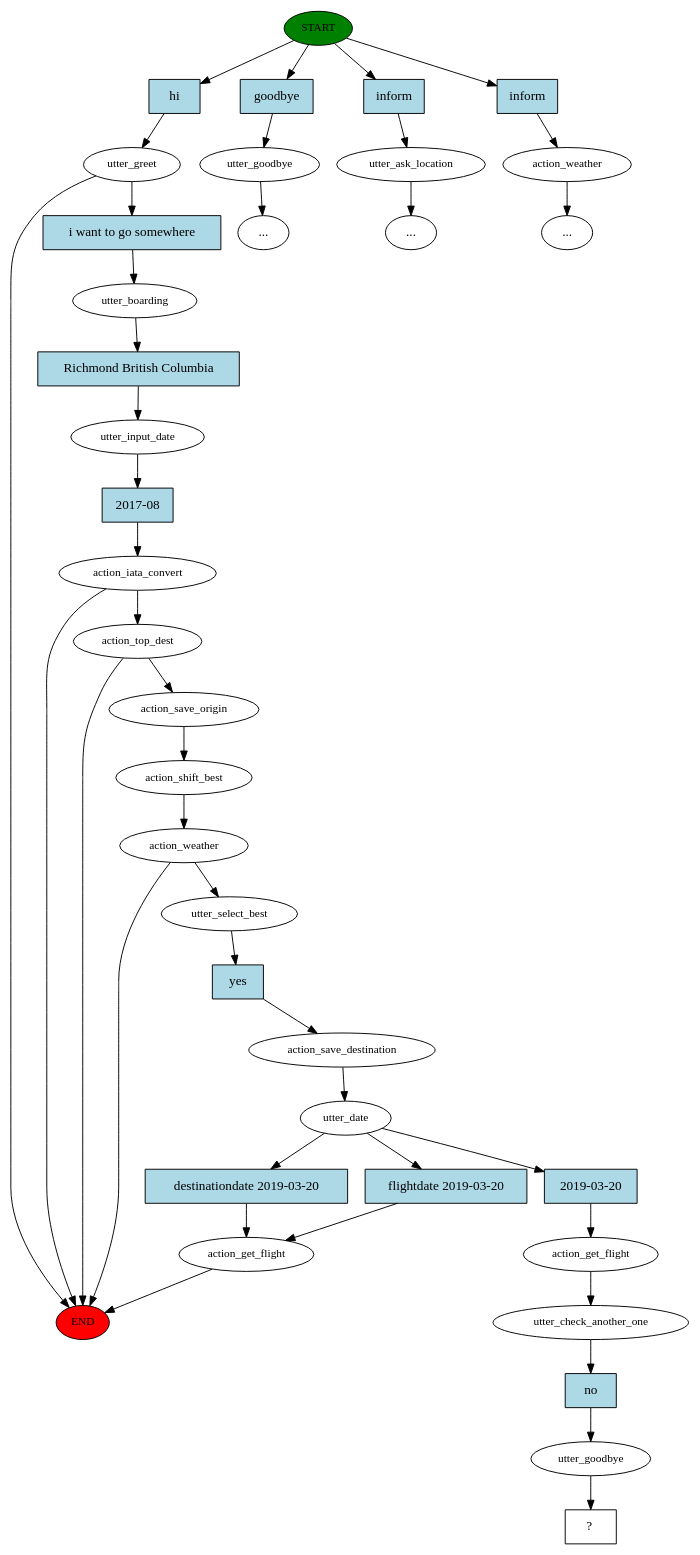
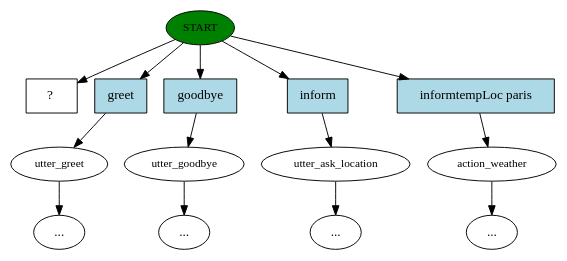
Before and after one commit to ajtang/Weather-Misc: the diagram in story_graph.dot, drawn with Graphviz. The commit also changed 28 other files, not shown here.

```diff
--- a/story_graph.dot
+++ b/story_graph.dot
@@ -1,78 +1,29 @@
 digraph  {
 0 [class="start active", fillcolor=green, fontsize=12, label=START, style=filled];
-"-1" [class=end, fillcolor=red, fontsize=12, label=END, style=filled];
-1 [class=active, fontsize=12, label=utter_greet];
+1 [class="", fontsize=12, label=utter_greet];
 2 [class="", fontsize=12, label=utter_goodbye];
-"-3" [class=ellipsis, label="..."];
+"-4" [class=ellipsis, label="..."];
 3 [class="", fontsize=12, label=utter_ask_location];
-"-4" [class=ellipsis, label="..."];
+"-5" [class=ellipsis, label="..."];
 4 [class="", fontsize=12, label=action_weather];
-"-5" [class=ellipsis, label="..."];
-6 [class=active, fontsize=12, label=utter_boarding];
-7 [class=active, fontsize=12, label=utter_input_date];
-8 [class=active, fontsize=12, label=action_iata_convert];
-13 [class=active, fontsize=12, label=action_top_dest];
-19 [class=active, fontsize=12, label=action_save_origin];
-20 [class=active, fontsize=12, label=action_shift_best];
-21 [class=active, fontsize=12, label=action_weather];
-30 [class=active, fontsize=12, label=utter_select_best];
-31 [class=active, fontsize=12, label=action_save_destination];
-32 [class=active, fontsize=12, label=utter_date];
-33 [class="", fontsize=12, label=action_get_flight];
-57 [class=active, fontsize=12, label=action_get_flight];
-58 [class=active, fontsize=12, label=utter_check_another_one];
-59 [class=active, fontsize=12, label=utter_goodbye];
-60 [class="intent dashed active", label="  ?  ", shape=rect];
-61 [class="intent active", fillcolor=lightblue, label=hi, shape=rect, style=filled];
-62 [class=intent, fillcolor=lightblue, label=goodbye, shape=rect, style=filled];
-63 [class=intent, fillcolor=lightblue, label=inform, shape=rect, style=filled];
-64 [class=intent, fillcolor=lightblue, label=inform, shape=rect, style=filled];
-65 [class="intent active", fillcolor=lightblue, label="i want to go somewhere", shape=rect, style=filled];
-66 [class="intent active", fillcolor=lightblue, label="Richmond British Columbia", shape=rect, style=filled];
-67 [class="intent active", fillcolor=lightblue, label="2017-08", shape=rect, style=filled];
-68 [class="intent active", fillcolor=lightblue, label=yes, shape=rect, style=filled];
-69 [class=intent, fillcolor=lightblue, label="destinationdate 2019-03-20", shape=rect, style=filled];
-70 [class=intent, fillcolor=lightblue, label="flightdate 2019-03-20", shape=rect, style=filled];
-71 [class="intent active", fillcolor=lightblue, label="2019-03-20", shape=rect, style=filled];
-72 [class="intent active", fillcolor=lightblue, label=no, shape=rect, style=filled];
-0 -> 61  [class=active, key=0];
-0 -> 62  [class="", key=0];
-0 -> 63  [class="", key=0];
-0 -> 64  [class="", key=0];
-1 -> "-1"  [class="", key=NONE, label=""];
-1 -> 65  [class=active, key=0];
-2 -> "-3"  [class="", key=NONE, label=""];
-3 -> "-4"  [class="", key=NONE, label=""];
-4 -> "-5"  [class="", key=NONE, label=""];
-6 -> 66  [class=active, key=0];
-7 -> 67  [class=active, key=0];
-8 -> "-1"  [class="", key=NONE, label=""];
-8 -> 13  [class=active, key=NONE, label=""];
-13 -> "-1"  [class="", key=NONE, label=""];
-13 -> 19  [class=active, key=NONE, label=""];
-19 -> 20  [class=active, key=NONE, label=""];
-20 -> 21  [class=active, key=NONE, label=""];
-21 -> "-1"  [class="", key=NONE, label=""];
-21 -> 30  [class=active, key=NONE, label=""];
-30 -> 68  [class=active, key=0];
-31 -> 32  [class=active, key=NONE, label=""];
-32 -> 69  [class="", key=0];
-32 -> 70  [class="", key=0];
-32 -> 71  [class=active, key=0];
-33 -> "-1"  [class="", key=NONE, label=""];
-57 -> 58  [class=active, key=NONE, label=""];
-58 -> 72  [class=active, key=0];
-59 -> 60  [class=active, key=NONE, label=""];
-61 -> 1  [class=active, key=0];
-62 -> 2  [class="", key=0];
-63 -> 3  [class="", key=0];
-64 -> 4  [class="", key=0];
-65 -> 6  [class=active, key=0];
-66 -> 7  [class=active, key=0];
-67 -> 8  [class=active, key=0];
-68 -> 31  [class=active, key=0];
-69 -> 33  [class="", key=0];
-70 -> 33  [class="", key=0];
-71 -> 57  [class=active, key=0];
-72 -> 59  [class=active, key=0];
+"-14" [class=ellipsis, label="..."];
+"-17" [class=ellipsis, label="..."];
+16 [class="intent dashed active", label="  ?  ", shape=rect];
+17 [class=intent, fillcolor=lightblue, label=greet, shape=rect, style=filled];
+18 [class=intent, fillcolor=lightblue, label=goodbye, shape=rect, style=filled];
+19 [class=intent, fillcolor=lightblue, label=inform, shape=rect, style=filled];
+20 [class=intent, fillcolor=lightblue, label="informtempLoc paris", shape=rect, style=filled];
+0 -> 16  [class=active, key=NONE, label=""];
+0 -> 17  [class="", key=0];
+0 -> 18  [class="", key=0];
+0 -> 19  [class="", key=0];
+0 -> 20  [class="", key=0];
+1 -> "-17"  [class="", key=NONE, label=""];
+2 -> "-4"  [class="", key=NONE, label=""];
+3 -> "-5"  [class="", key=NONE, label=""];
+4 -> "-14"  [class="", key=NONE, label=""];
+17 -> 1  [class="", key=0];
+18 -> 2  [class="", key=0];
+19 -> 3  [class="", key=0];
+20 -> 4  [class="", key=0];
 }
```
